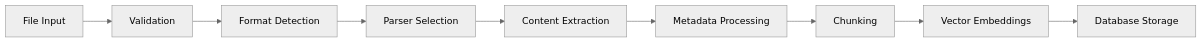
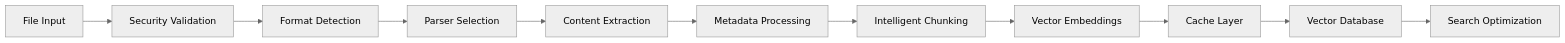
The first of 2 diagrams in README.md (dimitritholen/mcp-epub-rag), drawn with Mermaid (neutral theme) before and after one commit. The commit also changed other lines of this file and 6 other files, not shown here.

````diff
--- a/README.md
+++ b/README.md
@@ -218,11 +278,13 @@
 ```mermaid
 graph LR
-    A[File Input] --> B[Validation]
+    A[File Input] --> B[Security Validation]
     B --> C[Format Detection]
     C --> D[Parser Selection]
     D --> E[Content Extraction]
     E --> F[Metadata Processing]
-    F --> G[Chunking]
+    F --> G[Intelligent Chunking]
     G --> H[Vector Embeddings]
-    H --> I[Database Storage]
+    H --> I[Cache Layer]
+    I --> J[Vector Database]
+    J --> K[Search Optimization]
 ```
````
